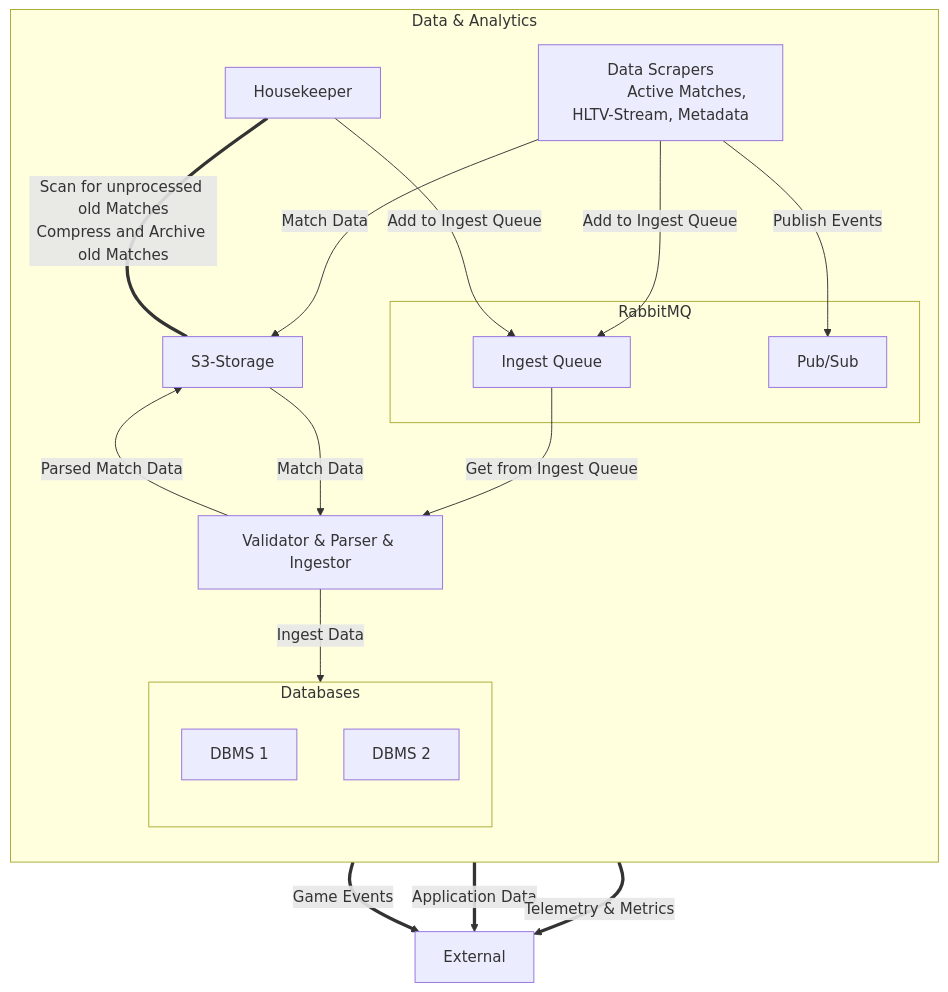
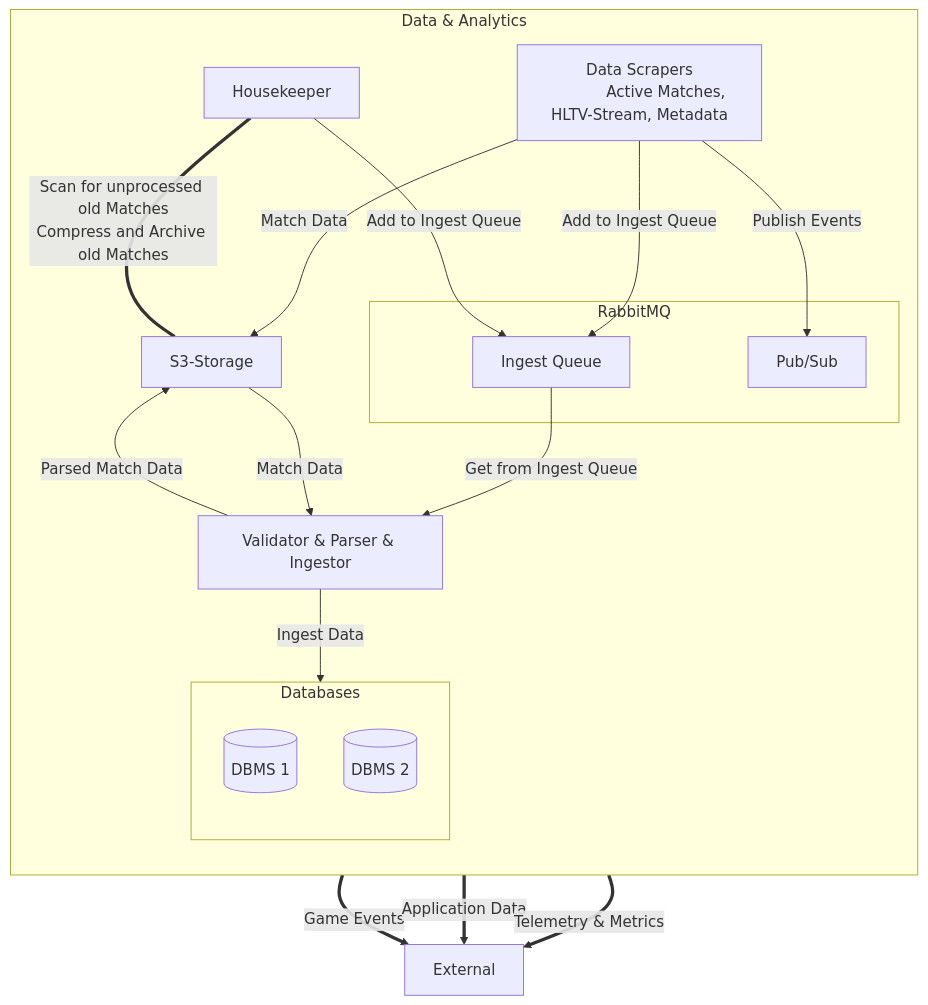
One commit to OpenSource-Deadlock-Tools/DevLock-Documents changed the first of 3 diagrams in SoftwareArchitecture.md. Above: the diagram before and after it, drawn with Mermaid.

Commit message:
Put Databases in DB Shape

````diff
--- a/SoftwareArchitecture.md
+++ b/SoftwareArchitecture.md
@@ -10,41 +10,41 @@
 ```mermaid
 flowchart TB
     subgraph D["Data & Analytics"]
         direction TB
         S["S3-Storage"]
         
         DS["
             Data Scrapers
             Active Matches, HLTV-Stream, Metadata
         "]
         DS -- Match Data --> S
         DS -- Add to Ingest Queue --> RMQI
         DS -- Publish Events --> RMQPS
         
         H["Housekeeper"]
         H == Scan for unprocessed old Matches<br>Compress and Archive old Matches === S
         H -- Add to Ingest Queue --> RMQI
         
         subgraph RMQ["RabbitMQ"]
             RMQI["Ingest Queue"]
             RMQPS["Pub/Sub"]
         end
         
         V["Validator & Parser & Ingestor"]
         RMQI -- Get from Ingest Queue --> V
         S -- Match Data --> V
         V -- Parsed Match Data --> S
         
         subgraph DB["Databases"]
             direction TB
-            DB1["DBMS 1"]
-            DB2["DBMS 2"]
+            DB1[("DBMS 1")]
+            DB2[("DBMS 2")]
         end
         V -- Ingest Data --> DB
     end
     
     E["External"]
     DB == Application Data ==> E
     D == Telemetry & Metrics ==> E
     RMQPS == Game Events ==> E
 ```
````
